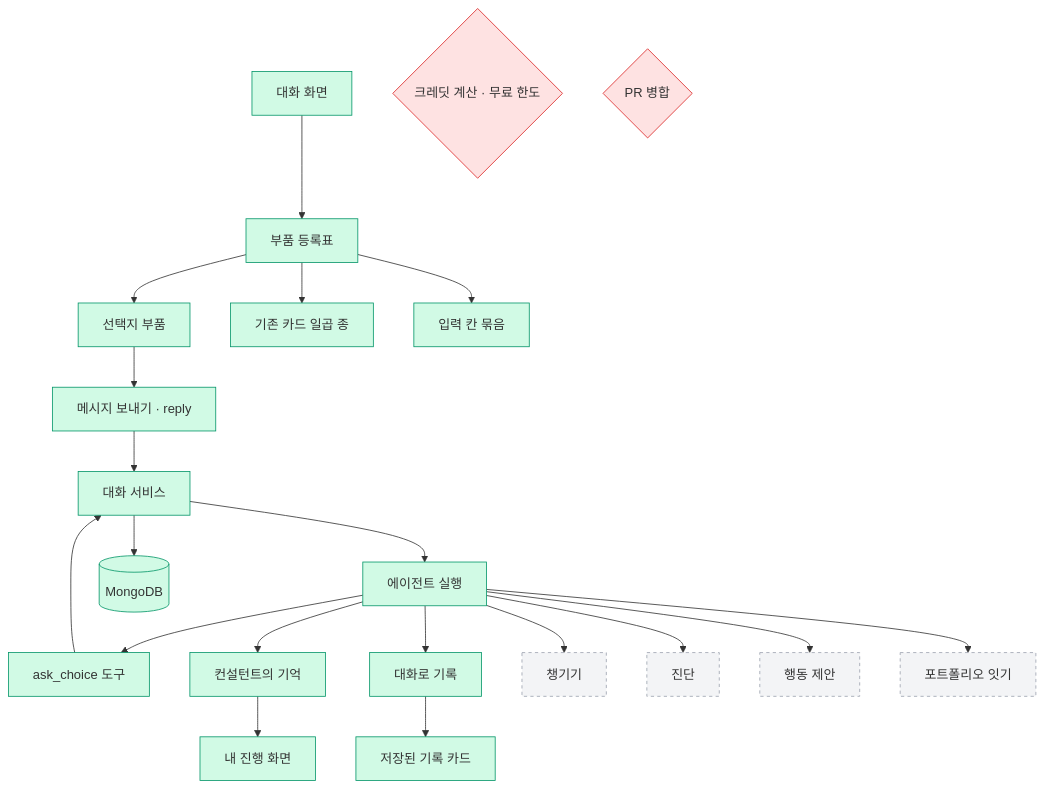
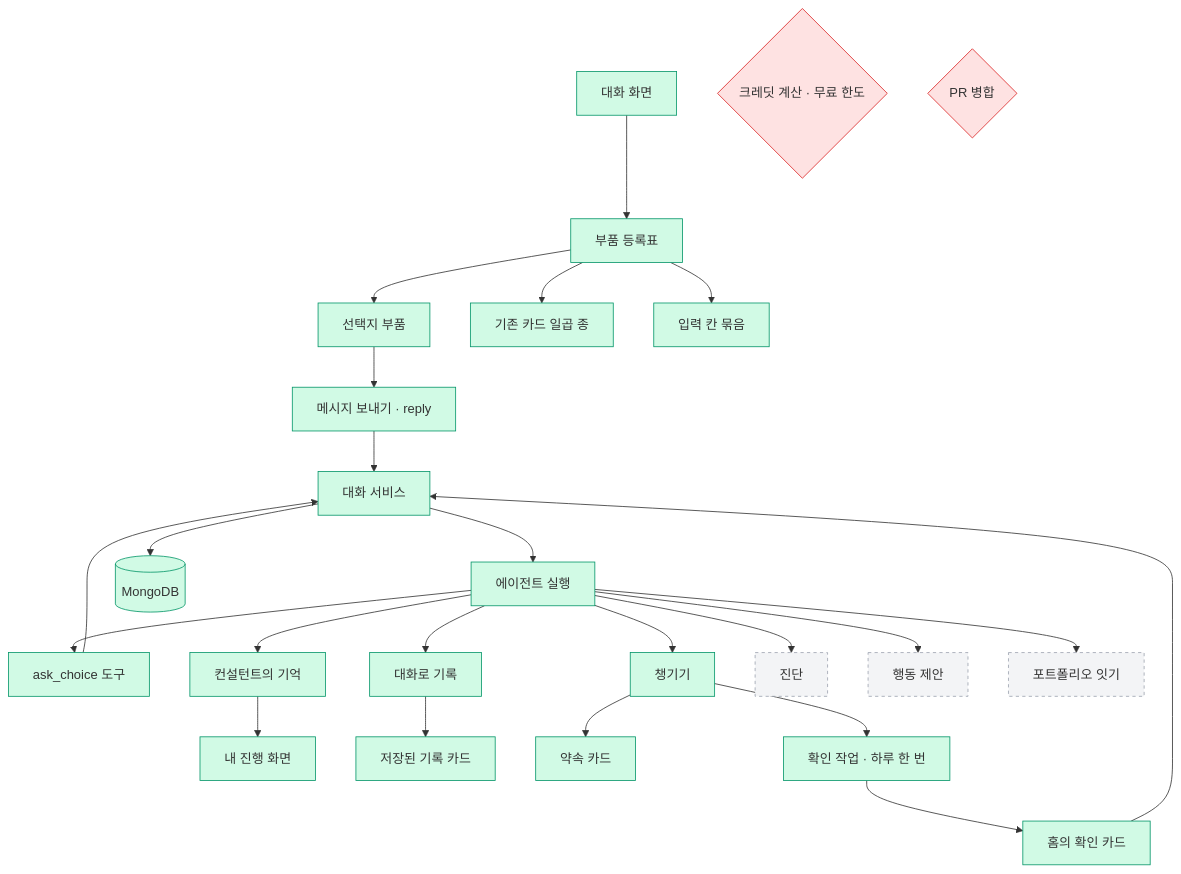
One commit to Expresso-Organization/expresso changed the diagram in .sitrep/sessions/20261120-0230-expresso-ai-consultant/arch.mmd. Above: the diagram before and after it, drawn with Mermaid. The commit also changed 10 other files, not shown here.

```diff
--- a/.sitrep/sessions/20261120-0230-expresso-ai-consultant/arch.mmd
+++ b/.sitrep/sessions/20261120-0230-expresso-ai-consultant/arch.mmd
@@ -1,28 +1,32 @@
 flowchart TD
   U[대화 화면] --> REG[부품 등록표]
   REG --> CH[선택지 부품]
   REG --> CARD[기존 카드 일곱 종]
   CH --> SEND[메시지 보내기 · reply]
   SEND --> SVC[대화 서비스]
   SVC --> RT[에이전트 실행]
   RT --> ASK[ask_choice 도구]
   ASK --> SVC
   RT --> MEM[컨설턴트의 기억]
   RT --> REC[대화로 기록]
   RT --> FU[챙기기]
   RT --> DG[진단]
   RT --> AC[행동 제안]
   RT --> PF[포트폴리오 잇기]
   SVC --> DB[(MongoDB)]
   CR{크레딧 계산 · 무료 한도}
   MG{PR 병합}
   classDef done fill:#d1fae5,stroke:#059669
   classDef doing fill:#fef3c7,stroke:#d97706
   classDef decide fill:#fee2e2,stroke:#dc2626
   classDef todo fill:#f3f4f6,stroke:#9ca3af,stroke-dasharray:4
   MEM --> PROG[내 진행 화면]
   REC --> SAVED[저장된 기록 카드]
   REG --> FORM[입력 칸 묶음]
-  class U,REG,CH,CARD,SEND,SVC,RT,ASK,DB,MEM,PROG,REC,SAVED,FORM done
-  class FU,DG,AC,PF todo
+  FU --> COMMIT[약속 카드]
+  FU --> JOB[확인 작업 · 하루 한 번]
+  JOB --> HOME[홈의 확인 카드]
+  HOME --> SVC
+  class U,REG,CH,CARD,SEND,SVC,RT,ASK,DB,MEM,PROG,REC,SAVED,FORM,FU,COMMIT,JOB,HOME done
+  class DG,AC,PF todo
   class CR,MG decide
```
